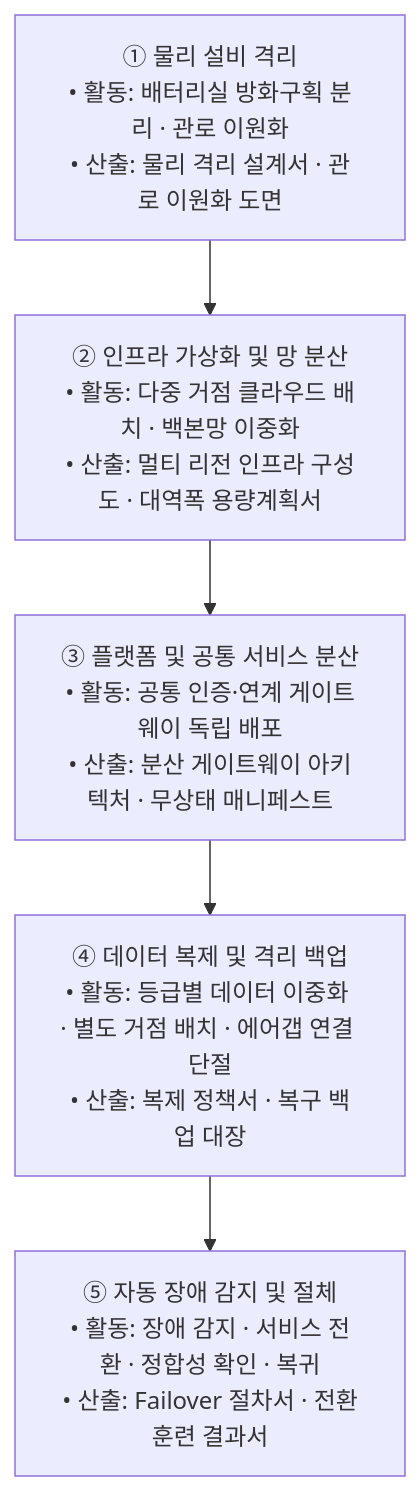
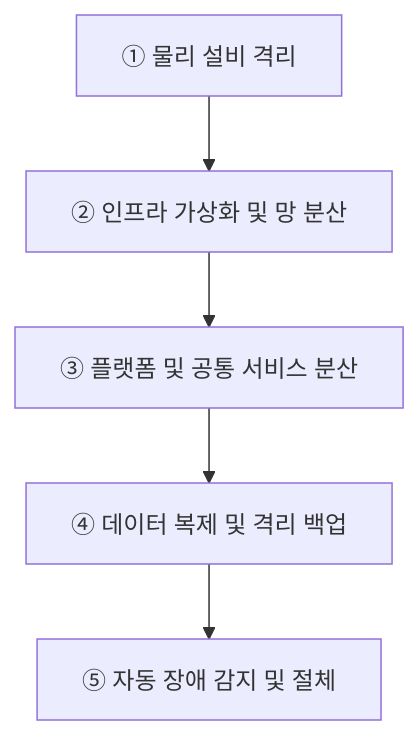
One commit to agnusdei1207/study changed the third of 3 diagrams in src/content/docs/notes/itpe/01-it-strategy/023_national_information_resources_service_fire.md. Above: the diagram before and after it, drawn with Mermaid. The commit also changed other lines of this file and 19 other files, not shown here.

````diff
--- a/src/content/docs/notes/itpe/01-it-strategy/023_national_information_resources_service_fire.md
+++ b/src/content/docs/notes/itpe/01-it-strategy/023_national_information_resources_service_fire.md
@@ -140,10 +131,4 @@
 ```mermaid
 flowchart TD
-    S1["① 물리 설비 격리<br/>• 활동: 배터리실 방화구획 분리 · 관로 이원화<br/>• 산출: 물리 격리 설계서 · 관로 이원화 도면"]
-    S2["② 인프라 가상화 및 망 분산<br/>• 활동: 다중 거점 클라우드 배치 · 백본망 이중화<br/>• 산출: 멀티 리전 인프라 구성도 · 대역폭 용량계획서"]
-    S3["③ 플랫폼 및 공통 서비스 분산<br/>• 활동: 공통 인증·연계 게이트웨이 독립 배포<br/>• 산출: 분산 게이트웨이 아키텍처 · 무상태 매니페스트"]
-    S4["④ 데이터 복제 및 격리 백업<br/>• 활동: 등급별 데이터 이중화 · 별도 거점 배치 · 에어갭 연결 단절<br/>• 산출: 복제 정책서 · 복구 백업 대장"]
-    S5["⑤ 자동 장애 감지 및 절체<br/>• 활동: 장애 감지 · 서비스 전환 · 정합성 확인 · 복귀<br/>• 산출: Failover 절차서 · 전환훈련 결과서"]
-
-    S1 --> S2 --> S3 --> S4 --> S5
+    S1["① 물리 설비 격리"] --> S2["② 인프라 가상화 및 망 분산"] --> S3["③ 플랫폼 및 공통 서비스 분산"] --> S4["④ 데이터 복제 및 격리 백업"] --> S5["⑤ 자동 장애 감지 및 절체"]
 ```
````
